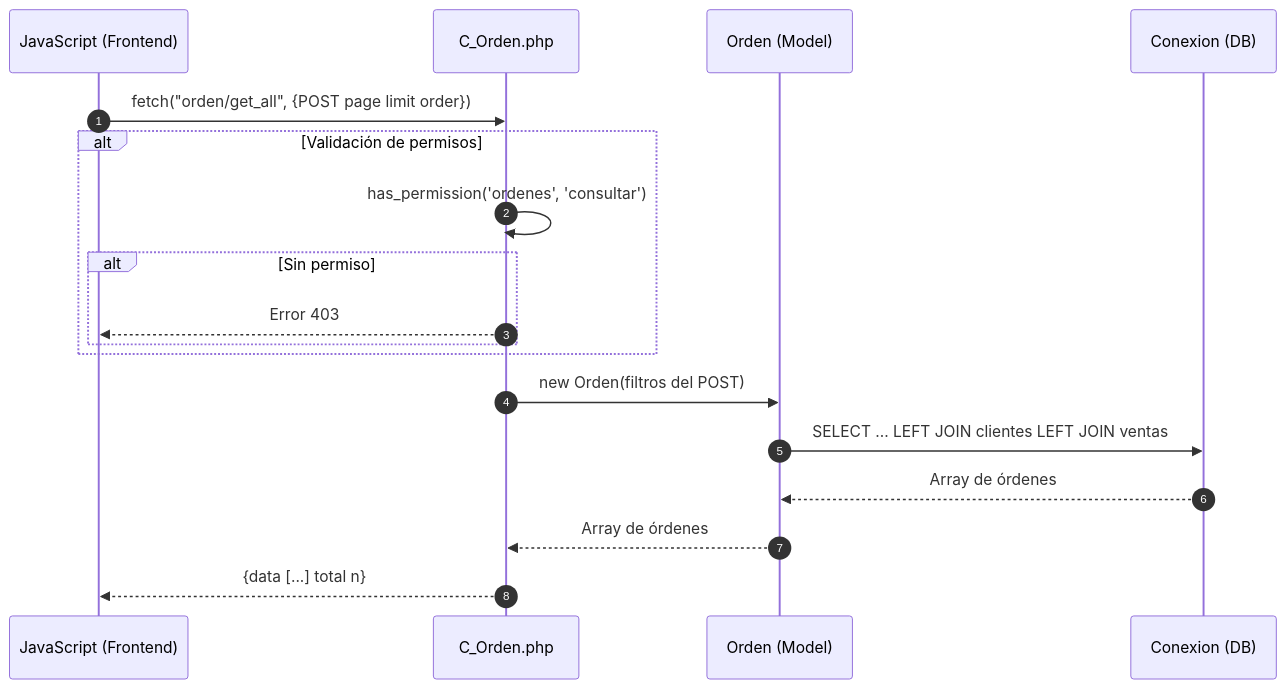
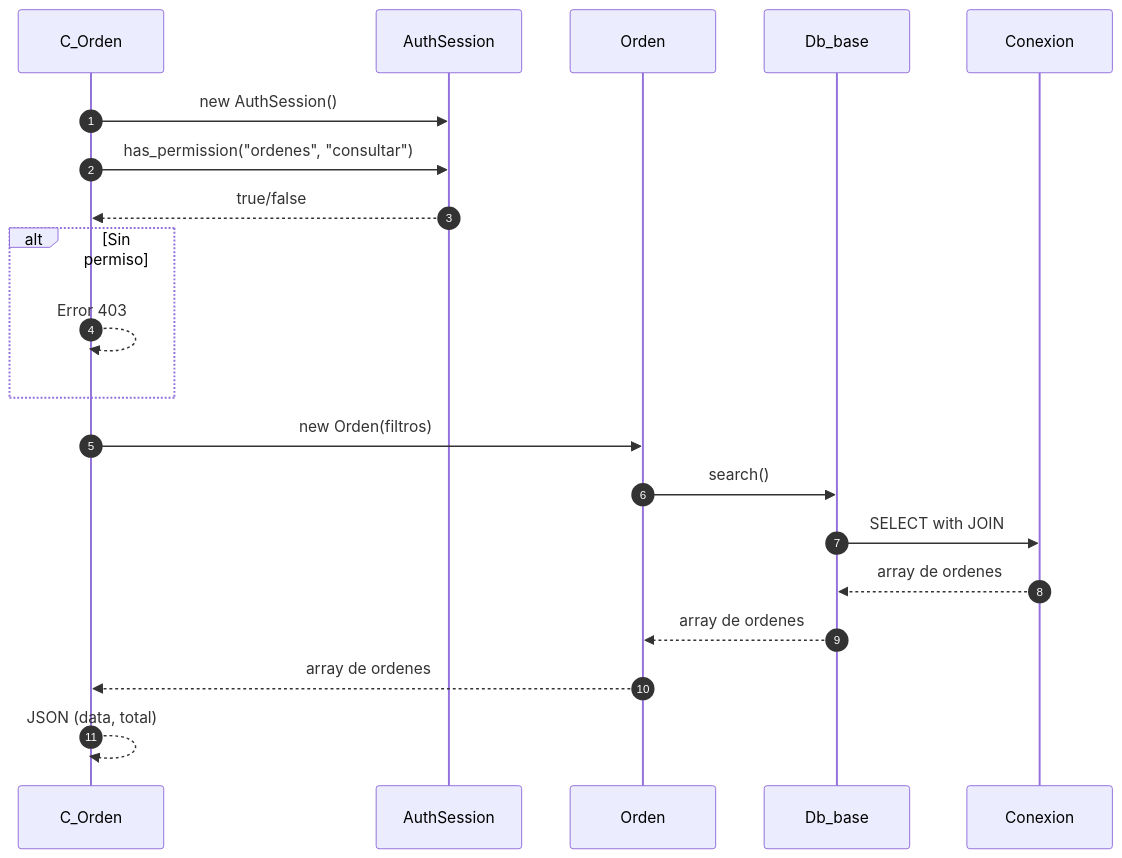
One commit to Tecrato/BurgerHouse changed the second of 4 diagrams in docs/secuencia/ordenes/agregar_orden.md. Above: the diagram before and after it, drawn with Mermaid. The commit also changed other lines of this file and 4 other files, not shown here.

Commit message:
ahora si, asi deberian ser los diagramas de secuencia

````diff
--- a/docs/secuencia/ordenes/agregar_orden.md
+++ b/docs/secuencia/ordenes/agregar_orden.md
@@ -128,24 +150,27 @@
 ```mermaid
 sequenceDiagram
     autonumber
-    participant JS as JavaScript (Frontend)
-    participant C_Orden as C_Orden.php
-    participant Orden as Orden (Model)
-    participant DB as Conexion (DB)
+    participant C_Orden as C_Orden
+    participant AuthSession as AuthSession
+    participant Orden as Orden
+    participant Db_base as Db_base
+    participant Conexion as Conexion
     
-    JS->>C_Orden: fetch("orden/get_all", {POST page limit order})
+    C_Orden->>AuthSession: new AuthSession()
     
-    alt Validación de permisos
-        C_Orden->>C_Orden: has_permission('ordenes', 'consultar')
-        alt Sin permiso
-            C_Orden-->>JS: Error 403
-        end
+    C_Orden->>AuthSession: has_permission("ordenes", "consultar")
+    AuthSession-->>C_Orden: true/false
+    
+    alt Sin permiso
+        C_Orden-->>C_Orden: Error 403
     end
     
-    C_Orden->>Orden: new Orden(filtros del POST)
-    Orden->>DB: SELECT ... LEFT JOIN clientes LEFT JOIN ventas
-    DB-->>Orden: Array de órdenes
-    Orden-->>C_Orden: Array de órdenes
+    C_Orden->>Orden: new Orden(filtros)
+    Orden->>Db_base: search()
+    Db_base->>Conexion: SELECT with JOIN
+    Conexion-->>Db_base: array de ordenes
+    Db_base-->>Orden: array de ordenes
+    Orden-->>C_Orden: array de ordenes
     
-    C_Orden-->>JS: {data [...] total n}
+    C_Orden-->>C_Orden: JSON (data, total)
 ```
````
